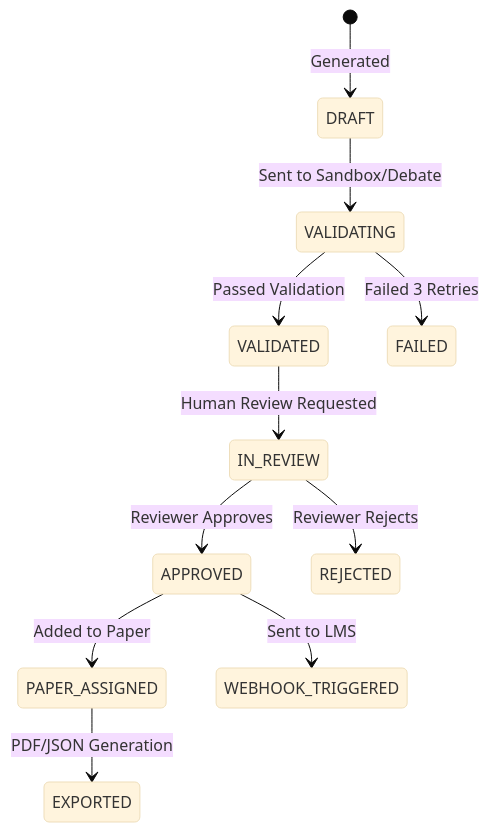
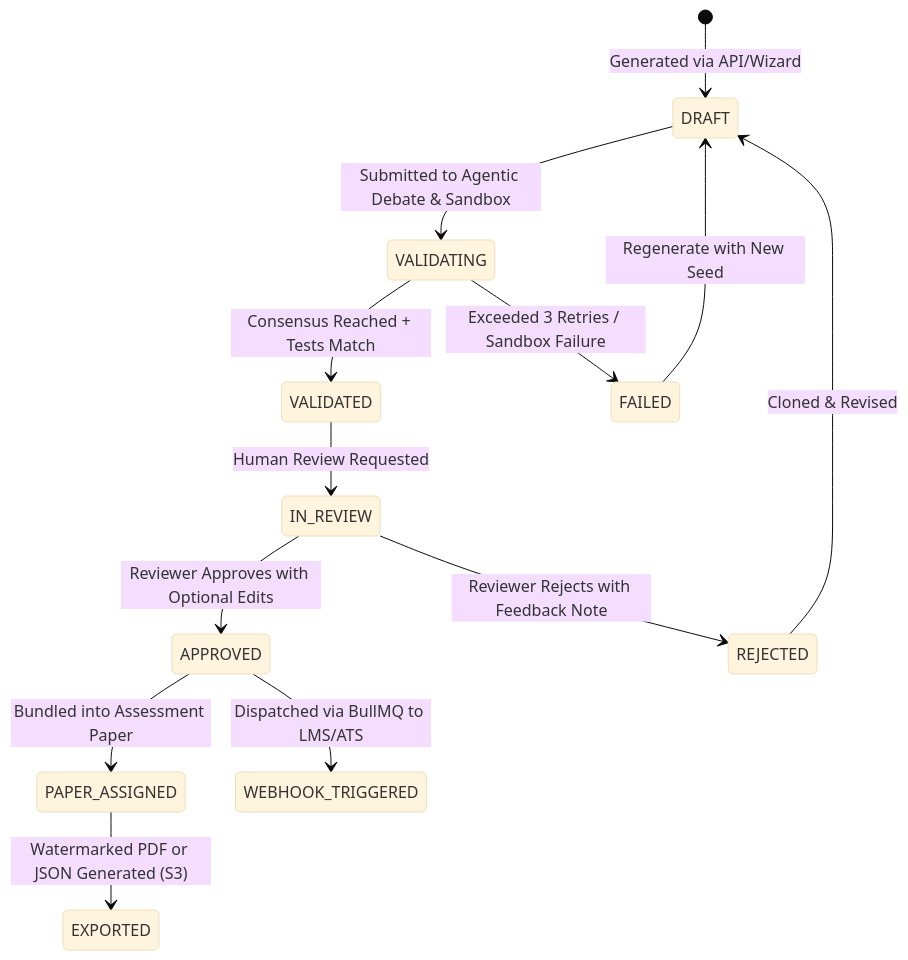
The sixth of 8 diagrams in README.md (yashsrivastava1408/QuestionForge), drawn with Mermaid (base theme) before and after one commit. The commit also changed other lines of this file and 30 other files, not shown here.

````diff
--- a/README.md
+++ b/README.md
@@ -145,13 +312,17 @@
 ```mermaid
 stateDiagram-v2
-    [*] --> DRAFT: Generated
-    DRAFT --> VALIDATING: Sent to Sandbox/Debate
-    VALIDATING --> VALIDATED: Passed Validation
-    VALIDATING --> FAILED: Failed 3 Retries
+    [*] --> DRAFT: Generated via API/Wizard
+    DRAFT --> VALIDATING: Submitted to Agentic Debate & Sandbox
+    VALIDATING --> VALIDATED: Consensus Reached + Tests Match
+    VALIDATING --> FAILED: Exceeded 3 Retries / Sandbox Failure
+    FAILED --> DRAFT: Regenerate with New Seed
+
     VALIDATED --> IN_REVIEW: Human Review Requested
-    IN_REVIEW --> APPROVED: Reviewer Approves
-    IN_REVIEW --> REJECTED: Reviewer Rejects
-    APPROVED --> PAPER_ASSIGNED: Added to Paper
-    PAPER_ASSIGNED --> EXPORTED: PDF/JSON Generation
-    APPROVED --> WEBHOOK_TRIGGERED: Sent to LMS
+    IN_REVIEW --> APPROVED: Reviewer Approves with Optional Edits
+    IN_REVIEW --> REJECTED: Reviewer Rejects with Feedback Note
+    REJECTED --> DRAFT: Cloned & Revised
+
+    APPROVED --> PAPER_ASSIGNED: Bundled into Assessment Paper
+    PAPER_ASSIGNED --> EXPORTED: Watermarked PDF or JSON Generated (S3)
+    APPROVED --> WEBHOOK_TRIGGERED: Dispatched via BullMQ to LMS/ATS
 ```
````
